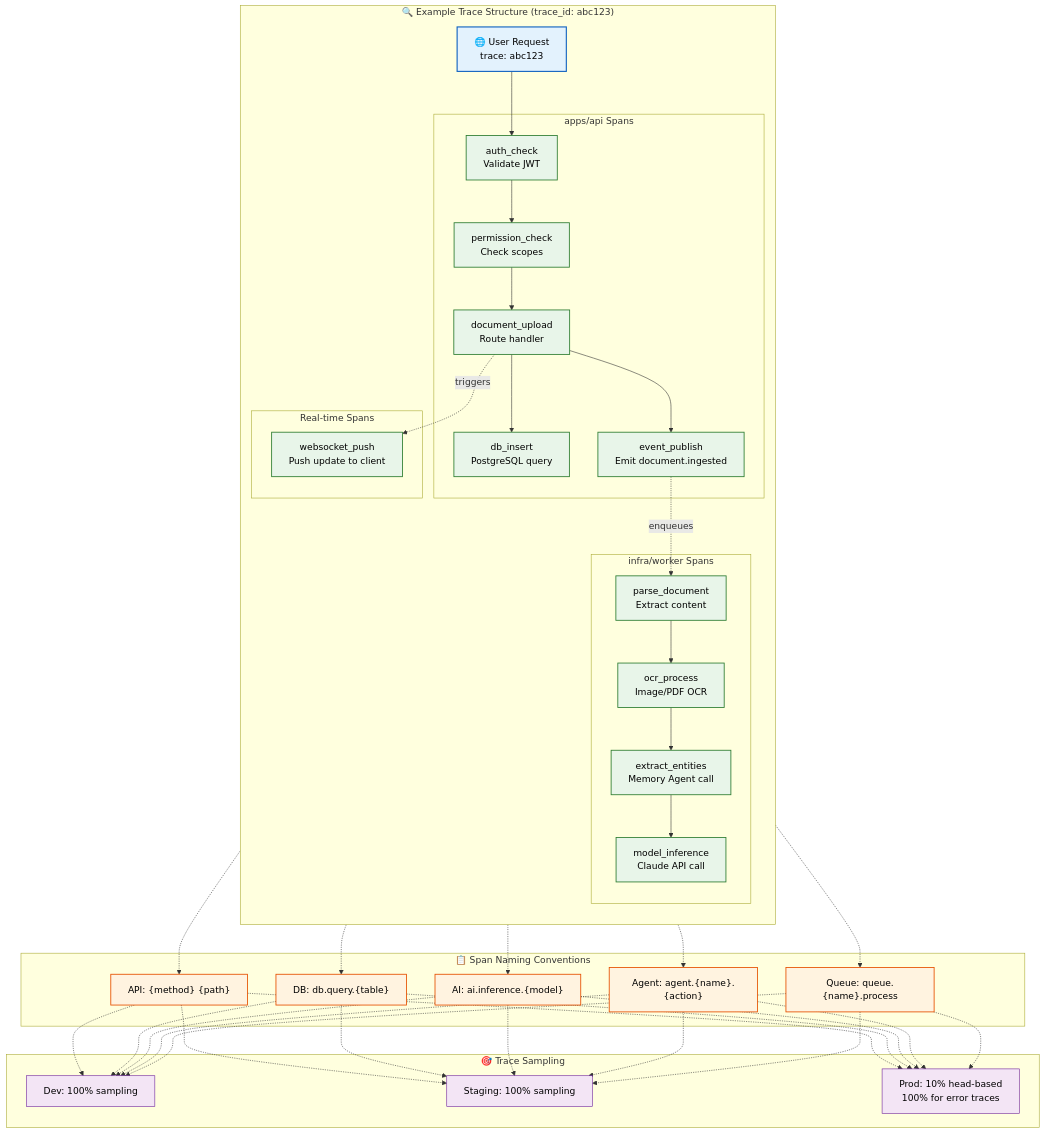
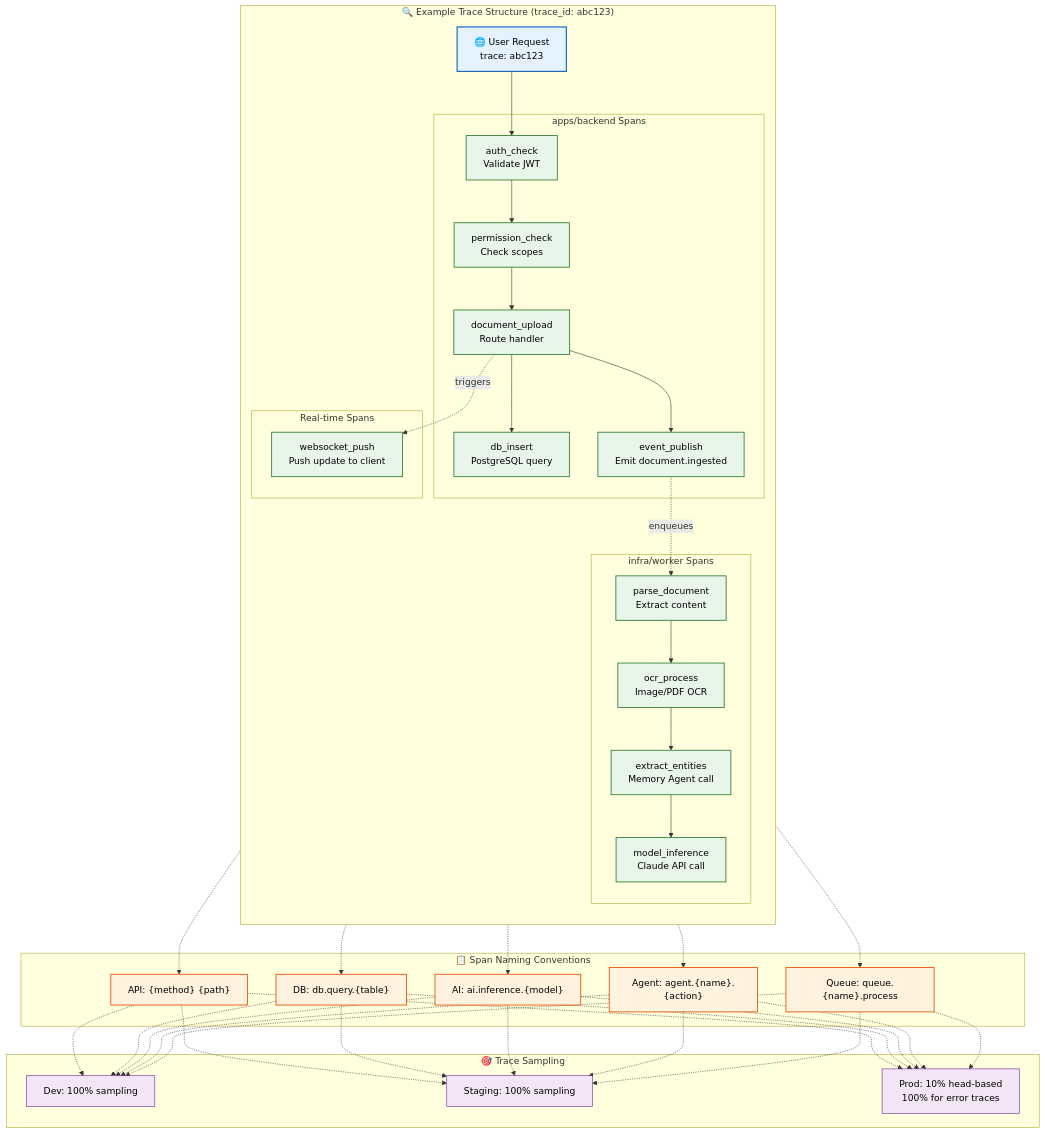
One commit to Driftloom/Vaeloom changed the first of 2 diagrams in docs/devops/Tracing.md. Above: the diagram before and after it, drawn with Mermaid. The commit also changed other lines of this file and 159 other files, not shown here.

````diff
--- a/docs/devops/Tracing.md
+++ b/docs/devops/Tracing.md
@@ -8,60 +8,60 @@
 ```mermaid
 graph TD
     classDef request fill:#e3f2fd,stroke:#1565c0,color:#000,stroke-width:2px
     classDef spans fill:#e8f5e9,stroke:#2e7d32,color:#000,stroke-width:1.5px
     classDef types fill:#fff3e0,stroke:#e65100,color:#000,stroke-width:1.5px
     classDef sampling fill:#f3e5f5,stroke:#6a1b9a,color:#000,stroke-width:1px
 
     subgraph TraceTree["🔍 Example Trace Structure (trace_id: abc123)"]
         direction TB
         ROOT["🌐 User Request<br/>trace: abc123"]
 
-        subgraph API["apps/api Spans"]
+        subgraph API["apps/backend Spans"]
             A1["auth_check<br/>Validate JWT"]
             A2["permission_check<br/>Check scopes"]
             A3["document_upload<br/>Route handler"]
             A4["db_insert<br/>PostgreSQL query"]
             A5["event_publish<br/>Emit document.ingested"]
         end
 
         subgraph Worker["infra/worker Spans"]
             W1["parse_document<br/>Extract content"]
             W2["ocr_process<br/>Image/PDF OCR"]
             W3["extract_entities<br/>Memory Agent call"]
             W4["model_inference<br/>Claude API call"]
         end
 
         subgraph WS["Real-time Spans"]
             WS1["websocket_push<br/>Push update to client"]
         end
 
         ROOT --> A1 --> A2 --> A3
         A3 --> A4 & A5
         A5 -.->|enqueues| W1
         W1 --> W2 --> W3 --> W4
         A3 -.->|triggers| WS1
     end
 
     subgraph SpanTypes["📋 Span Naming Conventions"]
         S1["API: {method} {path}"]
         S2["DB: db.query.{table}"]
         S3["AI: ai.inference.{model}"]
         S4["Agent: agent.{name}.{action}"]
         S5["Queue: queue.{name}.process"]
     end
 
     subgraph Sampling["🎯 Trace Sampling"]
         SM1["Dev: 100% sampling"]
         SM2["Staging: 100% sampling"]
         SM3["Prod: 10% head-based<br/>100% for error traces"]
     end
 
     ROOT -.-> S1 & S2 & S3 & S4 & S5
     S1 & S2 & S3 & S4 & S5 -.-> SM1 & SM2 & SM3
 
     class ROOT request
     class A1,A2,A3,A4,A5,W1,W2,W3,W4,WS1 spans
     class S1,S2,S3,S4,S5 types
     class SM1,SM2,SM3 sampling
 
 ```
````
